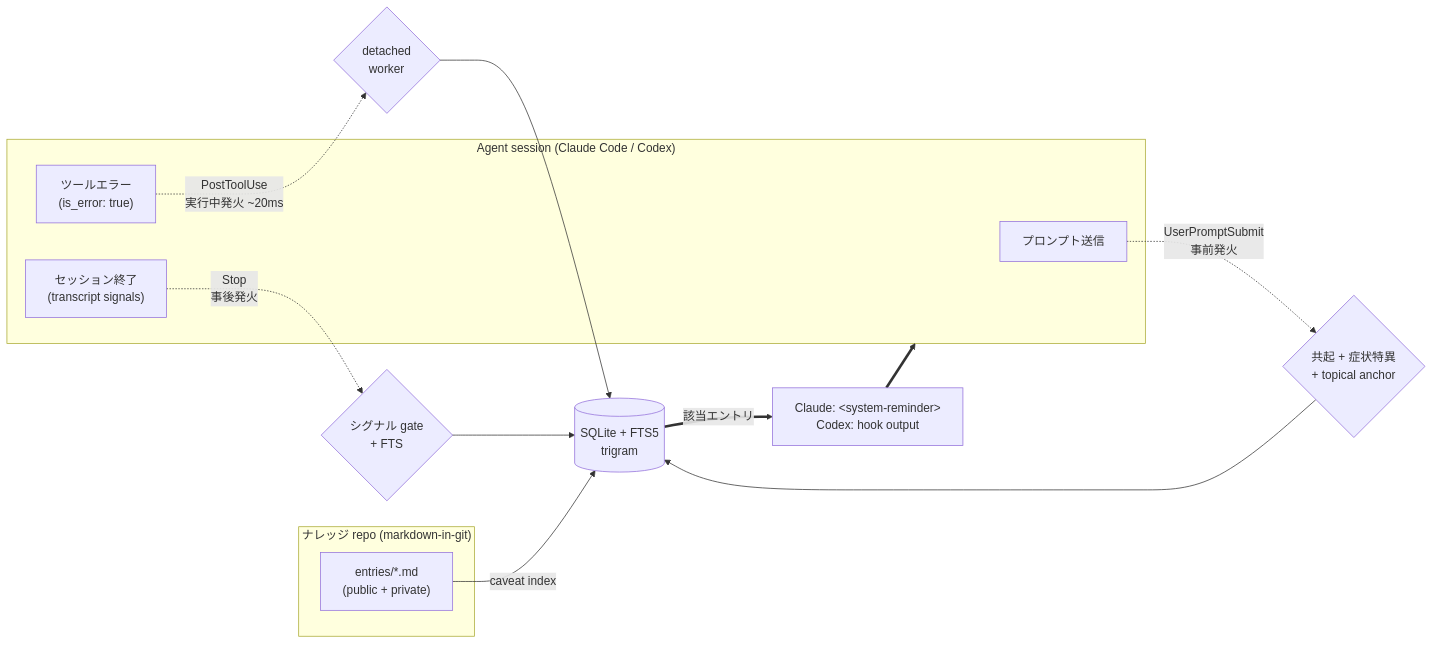
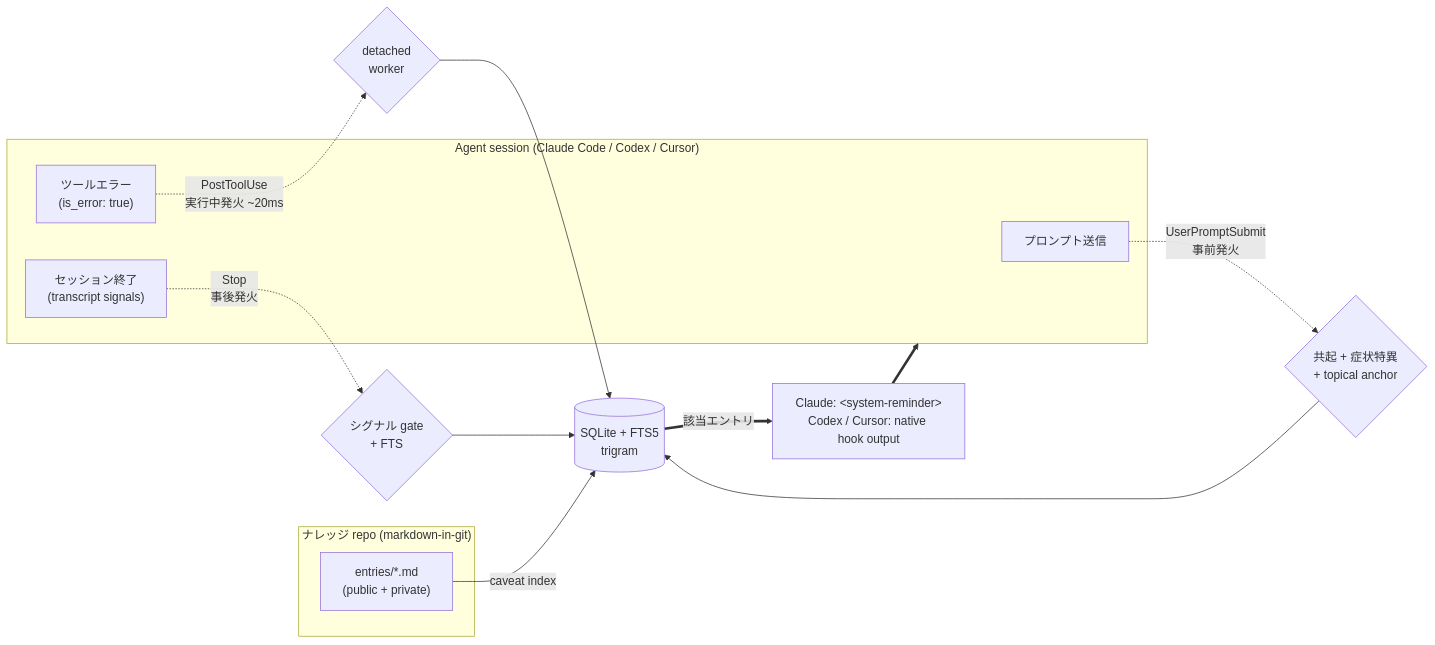
Before and after one commit to kitepon-rgb/Caveat: the diagram in README.ja.md, drawn with Mermaid. The commit also changed other lines of this file and 45 other files, not shown here.

````diff
--- a/README.ja.md
+++ b/README.ja.md
@@ -89,25 +99,25 @@
 ```mermaid
 flowchart LR
     subgraph KB["ナレッジ repo (markdown-in-git)"]
         MD["entries/*.md<br/>(public + private)"]
     end
 
     MD -->|caveat index| FTS[("SQLite + FTS5<br/>trigram")]
 
-    subgraph AG["Agent session (Claude Code / Codex)"]
+    subgraph AG["Agent session (Claude Code / Codex / Cursor)"]
         P["プロンプト送信"]
         T["ツールエラー<br/>(is_error: true)"]
         S["セッション終了<br/>(transcript signals)"]
     end
 
     P -.->|"UserPromptSubmit<br/>事前発火"| H1{"共起 + 症状特異<br/>+ topical anchor"}
     T -.->|"PostToolUse<br/>実行中発火 ~20ms"| H2{"detached<br/>worker"}
     S -.->|"Stop<br/>事後発火"| H3{"シグナル gate<br/>+ FTS"}
 
     H1 --> FTS
     H2 --> FTS
     H3 --> FTS
 
-    FTS ==>|該当エントリ| R["Claude: &lt;system-reminder&gt;<br/>Codex: hook output"]
+    FTS ==>|該当エントリ| R["Claude: &lt;system-reminder&gt;<br/>Codex / Cursor: native hook output"]
     R ==> AG
 ```
````
